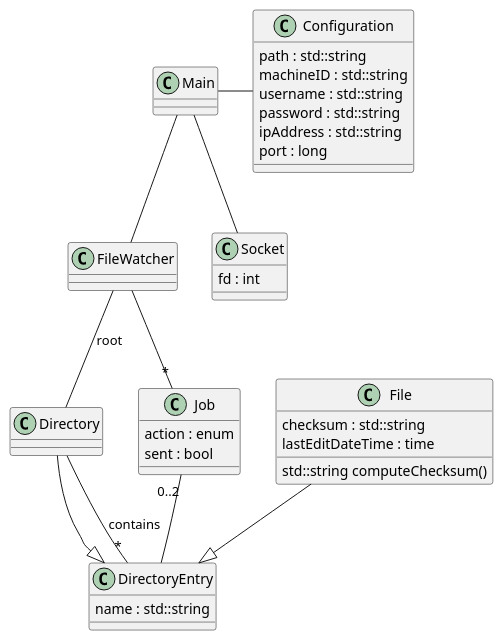
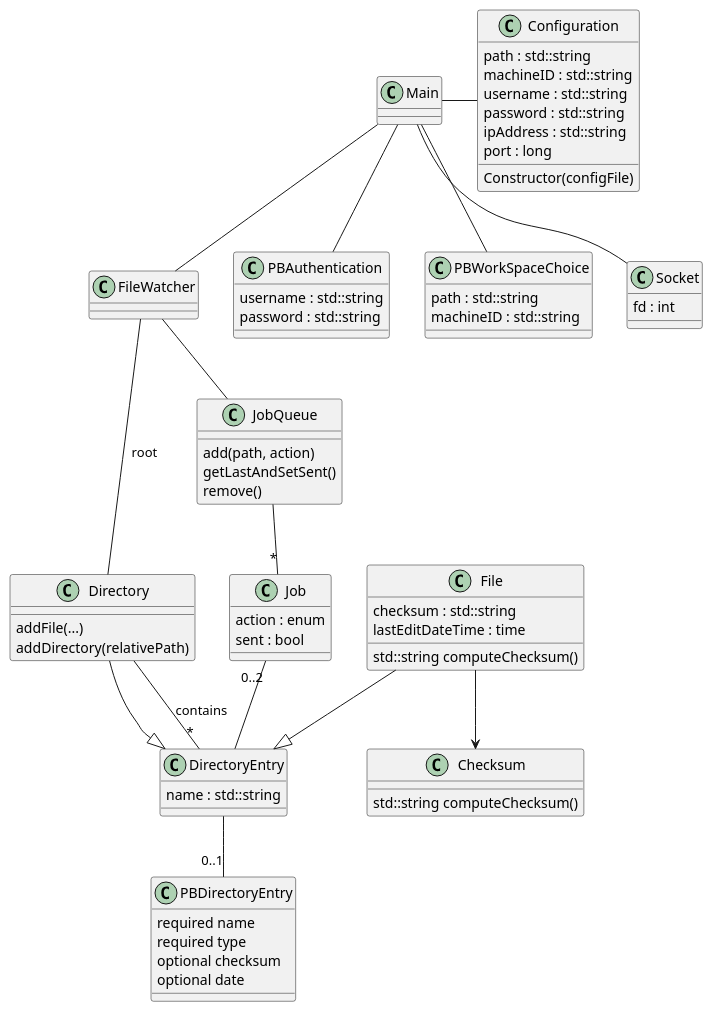
One commit to matteoborzi/pds-progetto changed the second of 4 diagrams in README.md. Above: the diagram before and after it, drawn with PlantUML. The commit also changed other lines of this file, not shown here.

````diff
--- a/README.md
+++ b/README.md
@@ -79,6 +79,18 @@
     password : std::string
     ipAddress : std::string
     port : long
+
+    Constructor(configFile)
+}
+
+class PBAuthentication{
+    username : std::string
+    password : std::string
+}
+
+class PBWorkSpaceChoice{
+    path : std::string
+    machineID : std::string
 }
 
 class Main{
@@ -92,12 +104,22 @@
 }
 
 Main - Configuration
+Main -- PBAuthentication
+Main -- PBWorkSpaceChoice
 Main -- Socket
-FileWatcher --"*" Job
+FileWatcher -- JobQueue
 
 class DirectoryEntry{
     name : std::string
 }
+
+class JobQueue{
+  add(path, action)
+  getLastAndSetSent()
+  remove()
+}
+
+JobQueue --"*" Job
 
 class Job{
     action : enum
@@ -112,7 +134,10 @@
     std::string computeChecksum()
 }
 
-class Directory{}
+class Directory{
+    addFile(...) 
+    addDirectory(relativePath)
+}
 
 class FileWatcher{}
 
@@ -124,4 +149,18 @@
 Main -- FileWatcher
 FileWatcher - Directory : root
 
+class PBDirectoryEntry{
+    required name
+    required type
+    optional checksum
+    optional date  
+}
+
+DirectoryEntry --"0..1" PBDirectoryEntry 
+
+class Checksum{
+  std::string computeChecksum()
+}
+
+File--> Checksum 
 ```
````
